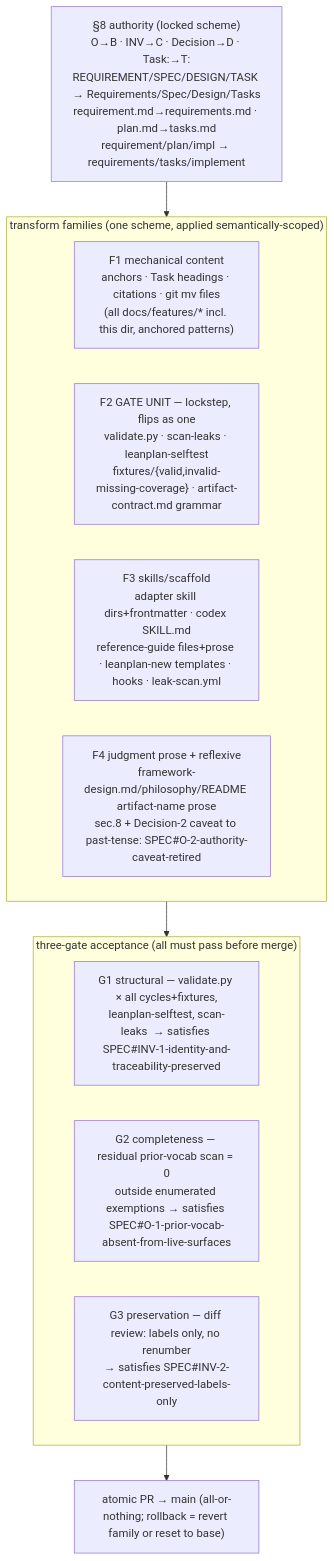
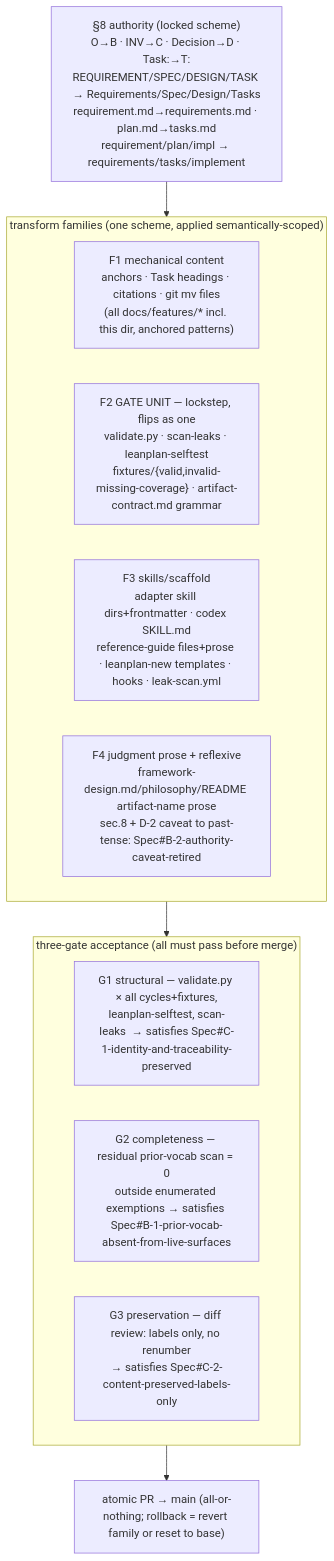
The diagram in docs/features/260622-vocab-v2-rename/design.md (mynghn/leanplan), drawn with Mermaid before and after one commit. The commit also changed other lines of this file and 12 other files, not shown here.

First line of the commit message:
docs(vocab-v2-rename): R4 — judgment prose + reflexive

````diff
--- a/docs/features/260622-vocab-v2-rename/design.md
+++ b/docs/features/260622-vocab-v2-rename/design.md
@@ -7,20 +7,20 @@
 ```mermaid
 flowchart TB
     A["§8 authority (locked scheme)\nO→B · INV→C · Decision→D · Task:→T:\nREQUIREMENT/SPEC/DESIGN/TASK → Requirements/Spec/Design/Tasks\nrequirement.md→requirements.md · plan.md→tasks.md\nrequirement/plan/impl → requirements/tasks/implement"] --> F
 
     subgraph F["transform families (one scheme, applied semantically-scoped)"]
         F1["F1 mechanical content\nanchors · Task headings · citations · git mv files\n(all docs/features/* incl. this dir, anchored patterns)"]
         F2["F2 GATE UNIT — lockstep, flips as one\nvalidate.py · scan-leaks · leanplan-selftest\nfixtures/{valid,invalid-missing-coverage} · artifact-contract.md grammar"]
         F3["F3 skills/scaffold\nadapter skill dirs+frontmatter · codex SKILL.md\nreference-guide files+prose · leanplan-new templates · hooks · leak-scan.yml"]
-        F4["F4 judgment prose + reflexive\nframework-design.md/philosophy/README artifact-name prose\nsec.8 + Decision-2 caveat to past-tense: SPEC#O-2-authority-caveat-retired"]
+        F4["F4 judgment prose + reflexive\nframework-design.md/philosophy/README artifact-name prose\nsec.8 + D-2 caveat to past-tense: Spec#B-2-authority-caveat-retired"]
     end
 
     F --> G
     subgraph G["three-gate acceptance (all must pass before merge)"]
-        G1["G1 structural — validate.py × all cycles+fixtures,\nleanplan-selftest, scan-leaks  → satisfies SPEC#INV-1-identity-and-traceability-preserved"]
-        G2["G2 completeness — residual prior-vocab scan = 0\noutside enumerated exemptions → satisfies SPEC#O-1-prior-vocab-absent-from-live-surfaces"]
-        G3["G3 preservation — diff review: labels only, no renumber\n→ satisfies SPEC#INV-2-content-preserved-labels-only"]
+        G1["G1 structural — validate.py × all cycles+fixtures,\nleanplan-selftest, scan-leaks  → satisfies Spec#C-1-identity-and-traceability-preserved"]
+        G2["G2 completeness — residual prior-vocab scan = 0\noutside enumerated exemptions → satisfies Spec#B-1-prior-vocab-absent-from-live-surfaces"]
+        G3["G3 preservation — diff review: labels only, no renumber\n→ satisfies Spec#C-2-content-preserved-labels-only"]
     end
 
     G --> L["atomic PR → main (all-or-nothing; rollback = revert family or reset to base)"]
 ```
````
